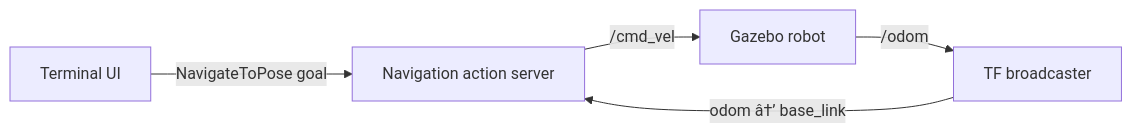
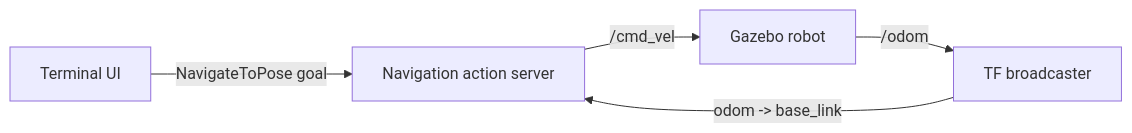
One commit to egjinaj/ros2-action-navigation changed the diagram in README.md. Above: the diagram before and after it, drawn with Mermaid. The commit also changed other lines of this file, not shown here.

````diff
--- a/README.md
+++ b/README.md
@@ -23,7 +23,7 @@
 ```mermaid
 flowchart LR
     A["Terminal UI"] -->|"NavigateToPose goal"| B["Navigation action server"]
     B -->|"/cmd_vel"| C["Gazebo robot"]
     C -->|"/odom"| D["TF broadcaster"]
-    D -->|"odom â†’ base_link"| B
+    D -->|"odom -> base_link"| B
 ```
````
